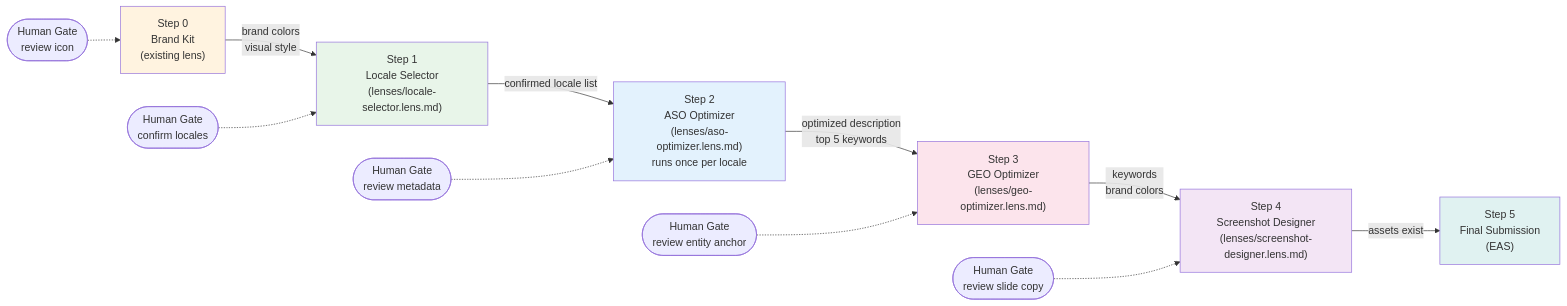
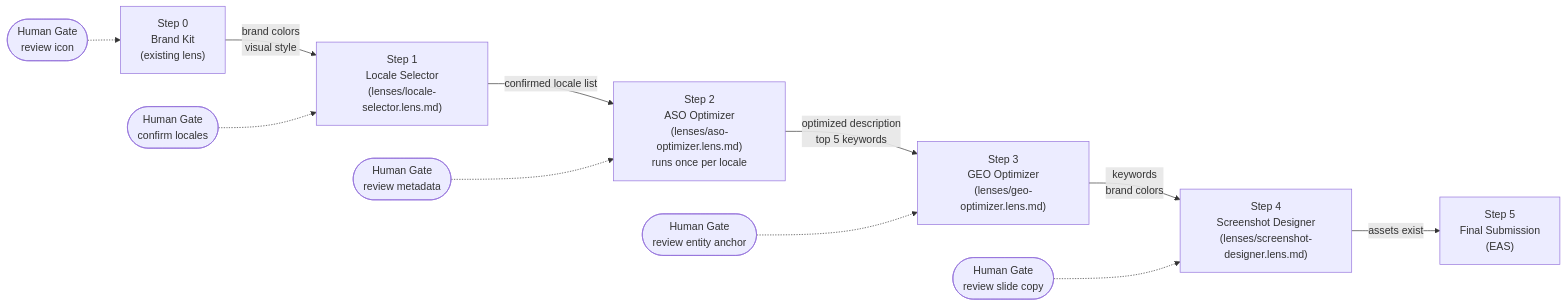
Before and after one commit to ofcskn/mobile-automation-plugin: the sixth of 7 diagrams in docs/CONCURRENCY.md, drawn with Mermaid. The commit also changed other lines of this file and 1 other file, not shown here.

First line of the commit message:
fix: correct install command format and remove mermaid color fills

````diff
--- a/docs/CONCURRENCY.md
+++ b/docs/CONCURRENCY.md
@@ -249,28 +226,22 @@
 ```mermaid
 flowchart LR
     S0["Step 0\nBrand Kit\n(existing lens)"]
     S1["Step 1\nLocale Selector\n(lenses/locale-selector.lens.md)"]
     S2["Step 2\nASO Optimizer\n(lenses/aso-optimizer.lens.md)\nruns once per locale"]
     S3["Step 3\nGEO Optimizer\n(lenses/geo-optimizer.lens.md)"]
     S4["Step 4\nScreenshot Designer\n(lenses/screenshot-designer.lens.md)"]
     S5["Step 5\nFinal Submission\n(EAS)"]
 
     S0 -->|brand colors\nvisual style| S1
     S1 -->|confirmed locale list| S2
     S2 -->|optimized description\ntop 5 keywords| S3
     S3 -->|keywords\nbrand colors| S4
     S4 -->|assets exist| S5
 
     G0([Human Gate\nreview icon]) -.-> S0
     G1([Human Gate\nconfirm locales]) -.-> S1
     G2([Human Gate\nreview metadata]) -.-> S2
     G3([Human Gate\nreview entity anchor]) -.-> S3
     G4([Human Gate\nreview slide copy]) -.-> S4
 
-    style S0 fill:#fff3e0
-    style S1 fill:#e8f5e9
-    style S2 fill:#e3f2fd
-    style S3 fill:#fce4ec
-    style S4 fill:#f3e5f5
-    style S5 fill:#e0f2f1
 ```
````
